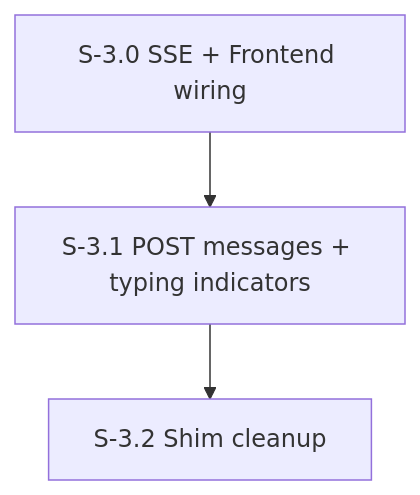
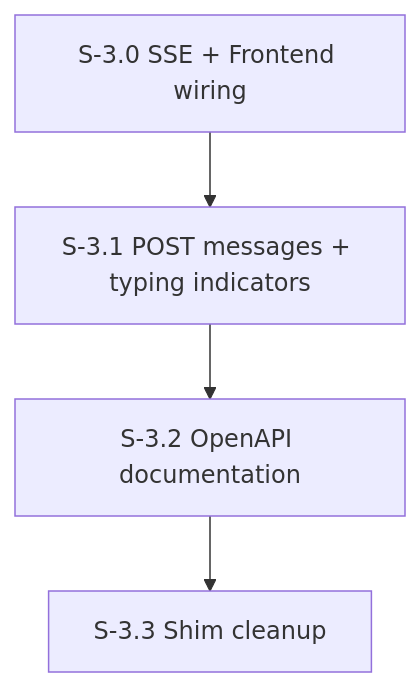
One commit to pedropaulovc/the-office changed the diagram in spec/plan/milestone-3-api-layer-sse.md. Above: the diagram before and after it, drawn with Mermaid. The commit also changed other lines of this file and 8 other files, not shown here.

First line of the commit message:
Add REST API spec with OpenAPI docs and full CRUD for all entities

````diff
--- a/spec/plan/milestone-3-api-layer-sse.md
+++ b/spec/plan/milestone-3-api-layer-sse.md
@@ -5,5 +5,6 @@
 ```mermaid
 graph TD
     S30[S-3.0 SSE + Frontend wiring] --> S31[S-3.1 POST messages + typing indicators]
-    S31 --> S32[S-3.2 Shim cleanup]
+    S31 --> S32[S-3.2 OpenAPI documentation]
+    S32 --> S33[S-3.3 Shim cleanup]
 ```
````
